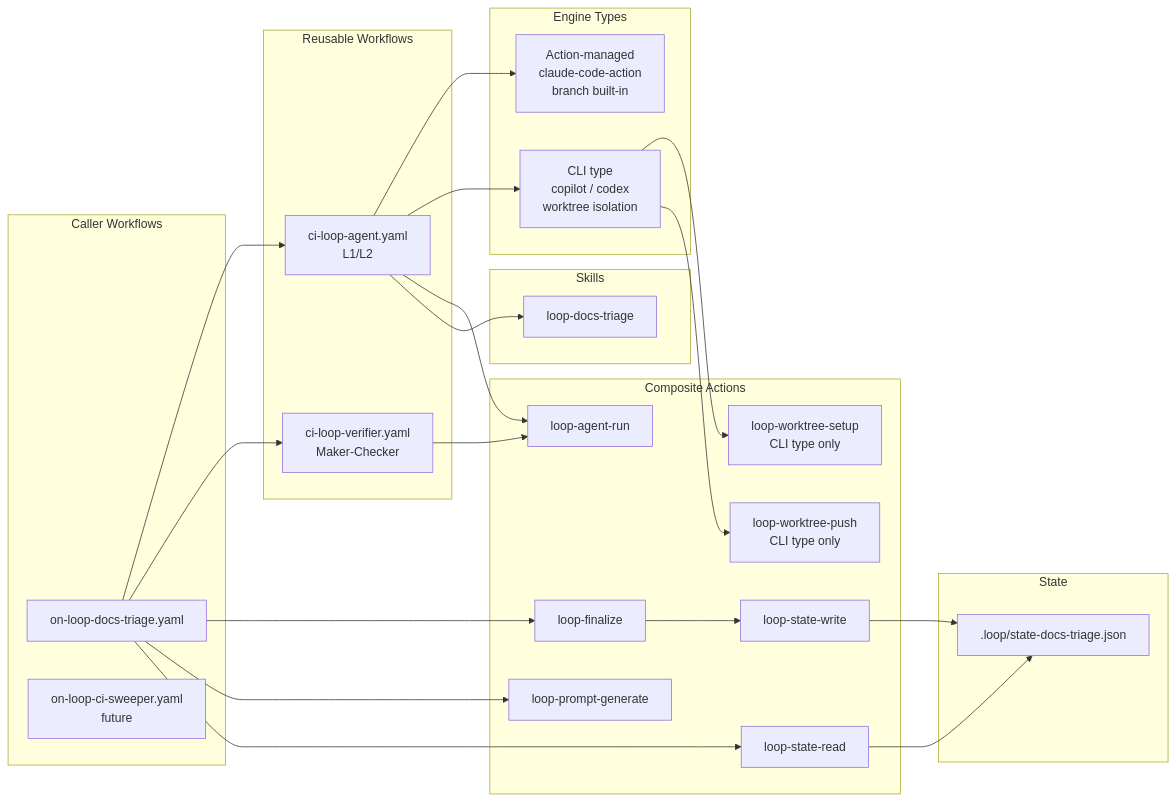
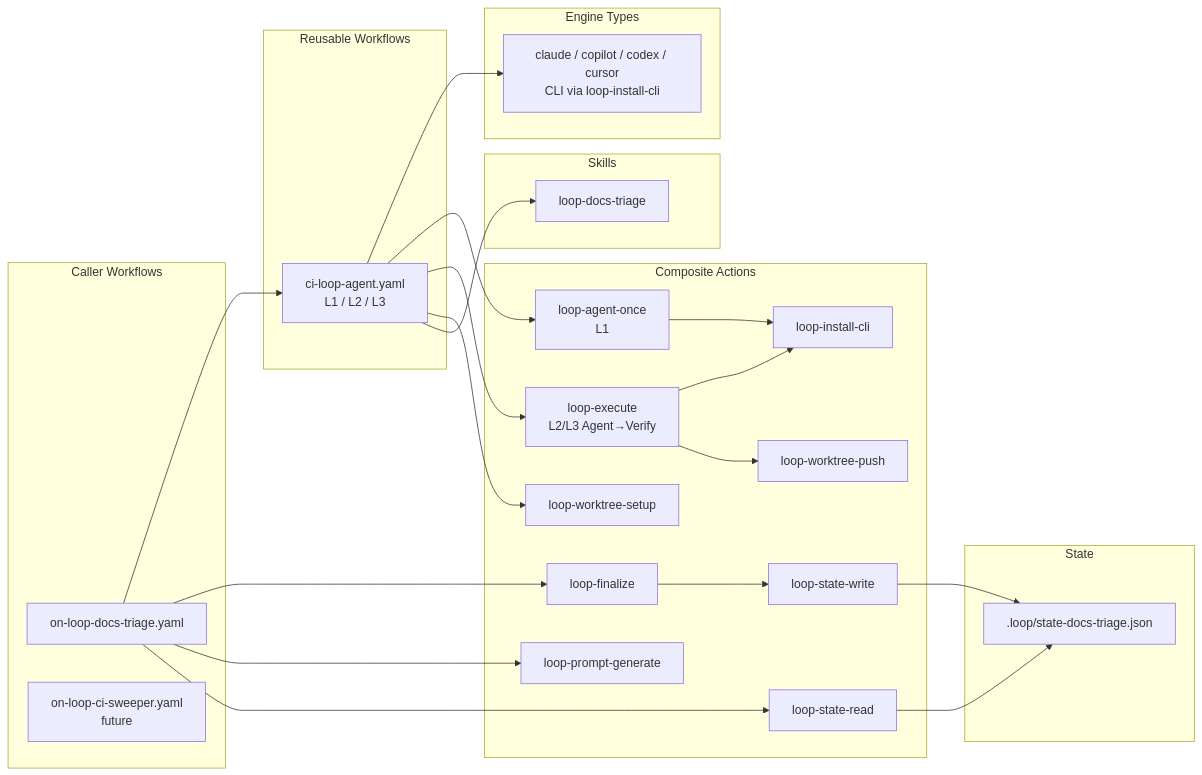
The second of 3 diagrams in docs/explanation/loop-engineering-design.md (y-miyazaki/config), drawn with Mermaid before and after one commit. The commit also changed other lines of this file and 2 other files, not shown here.

Commit message:
chore: loop-automated update (attempt 1)

````diff
--- a/docs/explanation/loop-engineering-design.md
+++ b/docs/explanation/loop-engineering-design.md
@@ -162,58 +146,58 @@
 ```mermaid
 graph LR
     %% Caller Workflows
     subgraph callers["Caller Workflows"]
         CW1[on-loop-docs-triage.yaml]
         CW2[on-loop-ci-sweeper.yaml<br/>future]
     end
 
     %% Reusable Workflows
     subgraph reusable["Reusable Workflows"]
-        RW1[ci-loop-agent.yaml<br/>L1/L2]
-        RW2[ci-loop-verifier.yaml<br/>Maker-Checker]
+        RW1[ci-loop-agent.yaml<br/>L1 / L2 / L3]
     end
 
-    %% Engine Strategies
+    %% Engine Types
     subgraph engines["Engine Types"]
-        E1[Action-managed<br/>claude-code-action<br/>branch built-in]
-        E2[CLI type<br/>copilot / codex<br/>worktree isolation]
+        E1[claude / copilot / codex / cursor<br/>CLI via loop-install-cli]
     end
 
     %% Composite Actions
     subgraph actions["Composite Actions"]
-        CA1[loop-agent-run]
-        CA2[loop-finalize]
-        CA3[loop-prompt-generate]
-        CA4[loop-state-read]
-        CA5[loop-state-write]
-        CA6[loop-worktree-setup<br/>CLI type only]
-        CA7[loop-worktree-push<br/>CLI type only]
+        CA1[loop-agent-once<br/>L1]
+        CA2[loop-execute<br/>L2/L3 Agent→Verify]
+        CA3[loop-finalize]
+        CA4[loop-install-cli]
+        CA5[loop-prompt-generate]
+        CA6[loop-state-read]
+        CA7[loop-state-write]
+        CA8[loop-worktree-setup]
+        CA9[loop-worktree-push]
     end
 
     %% Skills
     subgraph skills["Skills"]
         SK1[loop-docs-triage]
     end
 
     %% State
     subgraph state["State"]
         ST1[.loop/state-docs-triage.json]
     end
 
     %% Relationships
     CW1 --> RW1
-    CW1 --> RW2
-    CW1 --> CA2
     CW1 --> CA3
-    CW1 --> CA4
+    CW1 --> CA5
+    CW1 --> CA6
     RW1 --> E1
-    RW1 --> E2
     RW1 --> CA1
-    RW2 --> CA1
-    E2 --> CA6
-    E2 --> CA7
+    RW1 --> CA2
+    RW1 --> CA8
+    CA1 --> CA4
+    CA2 --> CA4
+    CA2 --> CA9
     RW1 --> SK1
-    CA2 --> CA5
-    CA4 --> ST1
-    CA5 --> ST1
+    CA3 --> CA7
+    CA6 --> ST1
+    CA7 --> ST1
 ```
````
